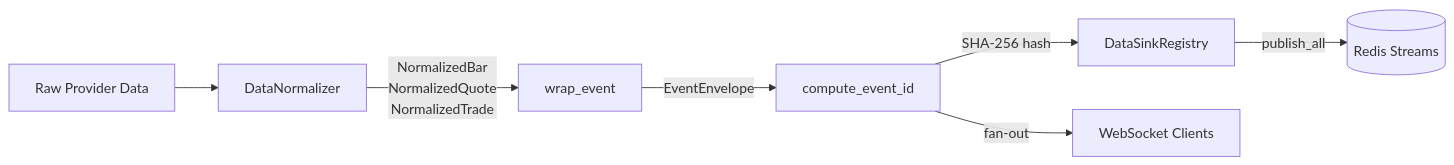
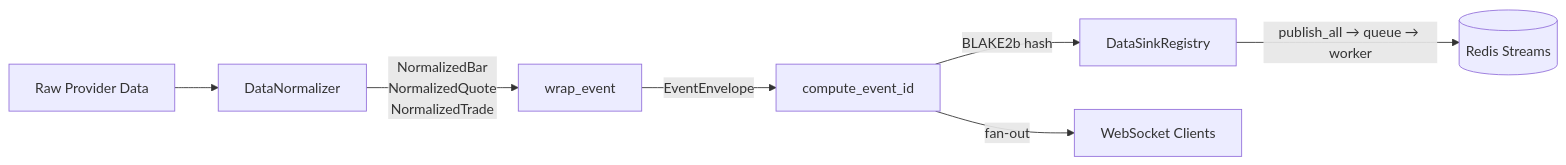
One commit to JasperDale420/Data-Gateway changed the second of 4 diagrams in docs/ARCHITECTURE.md. Above: the diagram before and after it, drawn with Mermaid. The commit also changed other lines of this file and 10 other files, not shown here.

First line of the commit message:
docs: refresh Data-Gateway documentation to current architecture

````diff
--- a/docs/ARCHITECTURE.md
+++ b/docs/ARCHITECTURE.md
@@ -123,9 +134,9 @@
 ```mermaid
 flowchart LR
     RAW[Raw Provider Data] --> NORM[DataNormalizer]
     NORM --> |NormalizedBar\nNormalizedQuote\nNormalizedTrade| ENV[wrap_event]
     ENV --> |EventEnvelope| DEDUP[compute_event_id]
-    DEDUP --> |SHA-256 hash| SINK[DataSinkRegistry]
-    SINK --> |publish_all| REDIS[(Redis Streams)]
+    DEDUP --> |BLAKE2b hash| SINK[DataSinkRegistry]
+    SINK --> |publish_all → queue → worker| REDIS[(Redis Streams)]
     DEDUP --> |fan-out| WS[WebSocket Clients]
 ```
````
